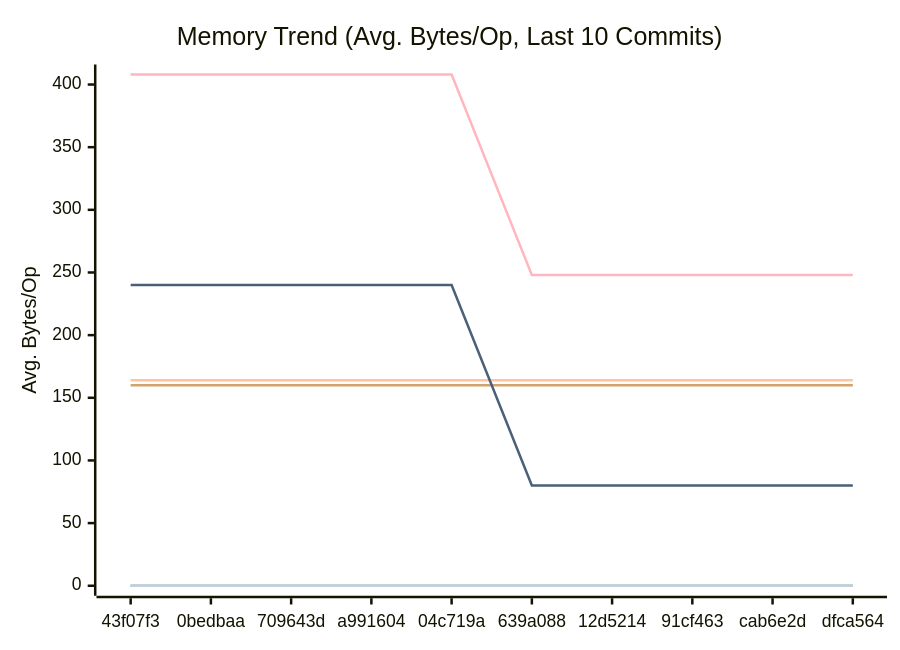
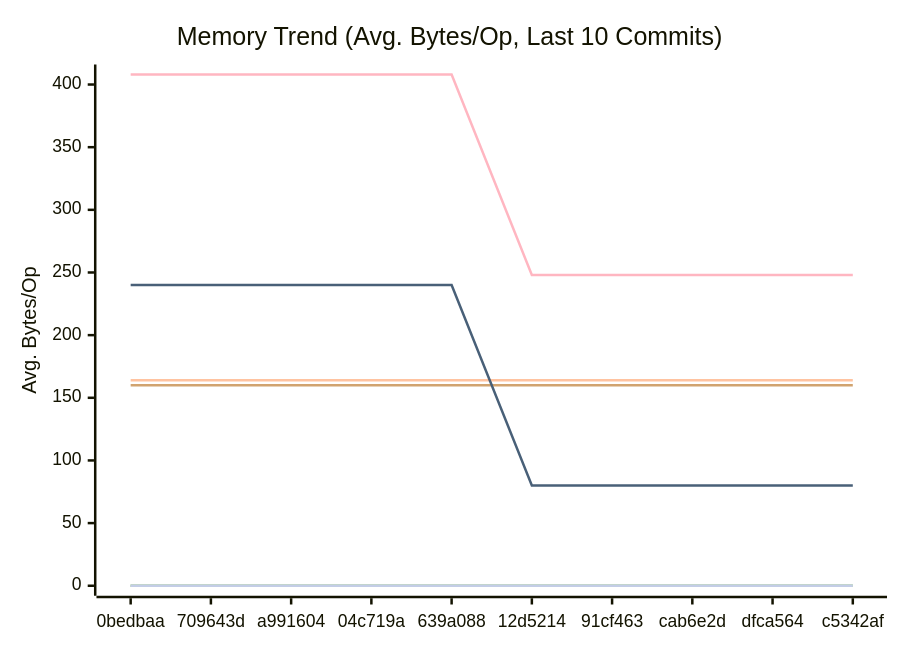
Before and after one commit to alsotoes/momo: the second of 3 diagrams in docs/PERFORMANCE.md, drawn with Mermaid. The commit also changed other lines of this file and 2 other files, not shown here.

````diff
--- a/docs/PERFORMANCE.md
+++ b/docs/PERFORMANCE.md
@@ -97,16 +97,16 @@
 ```mermaid
 xychart-beta
     title "Memory Trend (Avg. Bytes/Op, Last 10 Commits)"
     x-axis "Commit"
     y-axis "Avg. Bytes/Op"
-    x-axis [43f07f3,0bedbaa,709643d,a991604,04c719a,639a088,12d5214,91cf463,cab6e2d,dfca564]
+    x-axis [0bedbaa,709643d,a991604,04c719a,639a088,12d5214,91cf463,cab6e2d,dfca564,c5342af]
     line "CheckMetricsAndSwap" [0,0,0,0,0,0,0,0,0,0]
     line "CrushOptimized" [0,0,0,0,0,0,0,0,0,0]
     line "CrushOriginal" [164,164,164,164,164,164,164,164,164,164]
     line "IndexDirectTracking" [0,0,0,0,0,0,0,0,0,0]
     line "IndexSearch" [0,0,0,0,0,0,0,0,0,0]
     line "LoadGlobalConfig" [160,160,160,160,160,160,160,160,160,160]
     line "PadString" [0,0,0,0,0,0,0,0,0,0]
     line "ParseReplicationOrder_NoPrealloc" [408,408,408,408,408,248,248,248,248,248]
     line "ParseReplicationOrder_Prealloc" [240,240,240,240,240,80,80,80,80,80]
 ```
````
